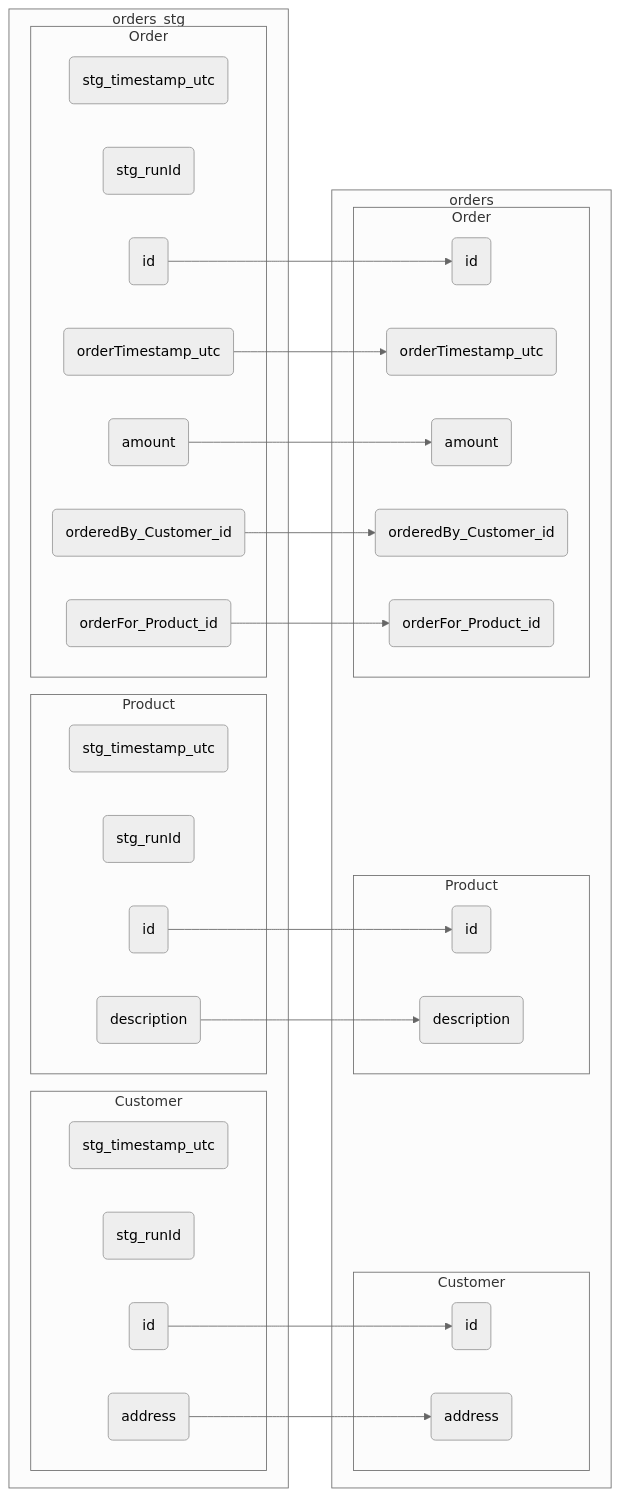
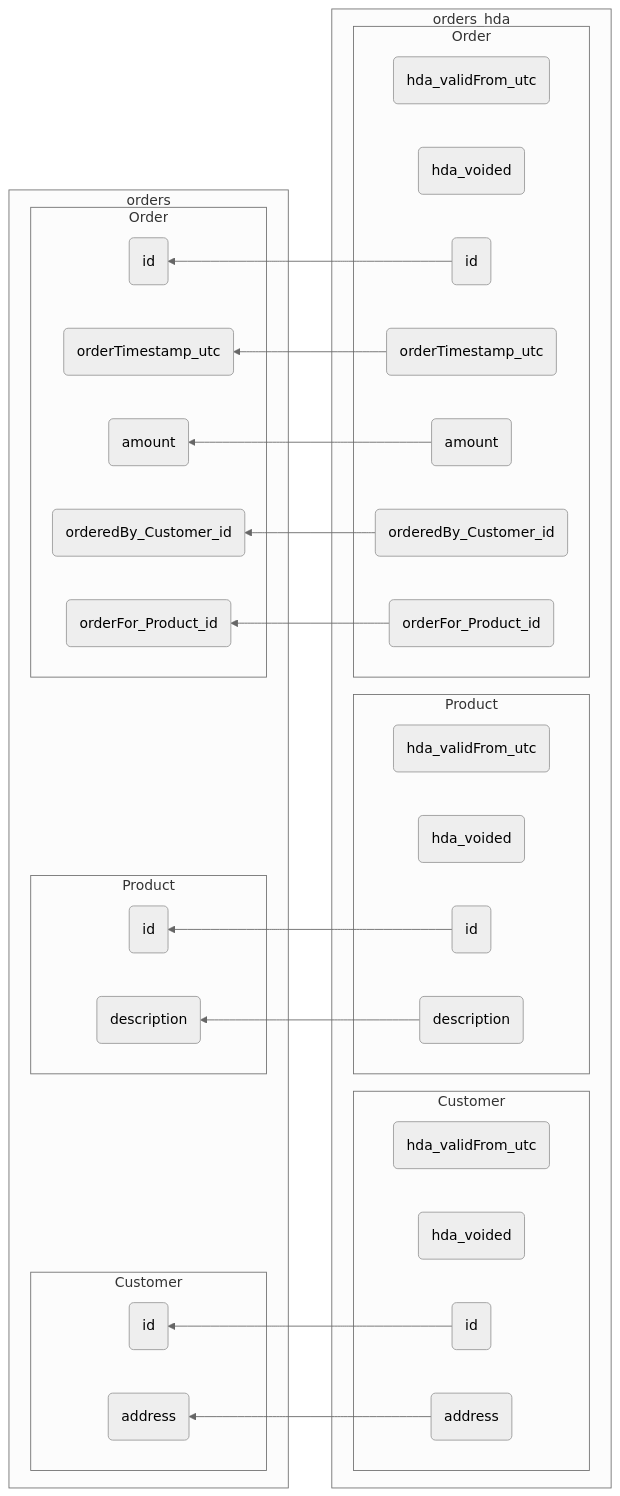
The diagram in article-02/code/article_02.md (Maarten-gh/mdsedwhblog), drawn with Mermaid (neutral theme) before and after one commit. The commit also changed other lines of this file and 20 other files, not shown here.

````diff
--- a/article-02/code/article_02.md
+++ b/article-02/code/article_02.md
@@ -8,5 +8,5 @@
-::: mermaid
-graph LR
+```mermaid
+graph RL
 subgraph orders [orders]
 
 subgraph orders.Customer [Customer]
@@ -41,35 +41,35 @@
 end
 end
 
-subgraph  orders_stg [orders_stg]
+subgraph  orders_hda [orders_hda]
 
-subgraph orders_stg.Customer [Customer]
+subgraph orders_hda.Customer [Customer]
 
-  orders_stg.Customer.stg_timestamp_utc(stg_timestamp_utc)
-  orders_stg.Customer.stg_runId(stg_runId)
-  orders_stg.Customer.id(id)
-  orders_stg.Customer.address(address)
+  orders_hda.Customer.hda_validFrom_utc(hda_validFrom_utc)
+  orders_hda.Customer.hda_voided(hda_voided)
+  orders_hda.Customer.id(id)
+  orders_hda.Customer.address(address)
   
 
 end
-subgraph orders_stg.Product [Product]
+subgraph orders_hda.Product [Product]
 
-  orders_stg.Product.stg_timestamp_utc(stg_timestamp_utc)
-  orders_stg.Product.stg_runId(stg_runId)
-  orders_stg.Product.id(id)
-  orders_stg.Product.description(description)
+  orders_hda.Product.hda_validFrom_utc(hda_validFrom_utc)
+  orders_hda.Product.hda_voided(hda_voided)
+  orders_hda.Product.id(id)
+  orders_hda.Product.description(description)
   
 
 end
-subgraph orders_stg.Order [Order]
+subgraph orders_hda.Order [Order]
 
-  orders_stg.Order.stg_timestamp_utc(stg_timestamp_utc)
-  orders_stg.Order.stg_runId(stg_runId)
-  orders_stg.Order.id(id)
-  orders_stg.Order.orderTimestamp_utc(orderTimestamp_utc)
-  orders_stg.Order.amount(amount)
-  orders_stg.Order.orderedBy_Customer_id(orderedBy_Customer_id)
-  orders_stg.Order.orderFor_Product_id(orderFor_Product_id)
+  orders_hda.Order.hda_validFrom_utc(hda_validFrom_utc)
+  orders_hda.Order.hda_voided(hda_voided)
+  orders_hda.Order.id(id)
+  orders_hda.Order.orderTimestamp_utc(orderTimestamp_utc)
+  orders_hda.Order.amount(amount)
+  orders_hda.Order.orderedBy_Customer_id(orderedBy_Customer_id)
+  orders_hda.Order.orderFor_Product_id(orderFor_Product_id)
   
 
 end
@@ -77,20 +77,20 @@
 
 
 
-orders_stg.Customer.id-->orders.Customer.id(id)
-orders_stg.Customer.address-->orders.Customer.address(address)
+orders_hda.Customer.id-->orders.Customer.id(id)
+orders_hda.Customer.address-->orders.Customer.address(address)
 
 
 
-orders_stg.Product.id-->orders.Product.id(id)
-orders_stg.Product.description-->orders.Product.description(description)
+orders_hda.Product.id-->orders.Product.id(id)
+orders_hda.Product.description-->orders.Product.description(description)
 
 
 
-orders_stg.Order.id-->orders.Order.id(id)
-orders_stg.Order.orderTimestamp_utc-->orders.Order.orderTimestamp_utc(orderTimestamp_utc)
-orders_stg.Order.amount-->orders.Order.amount(amount)
-orders_stg.Order.orderedBy_Customer_id-->orders.Order.orderedBy_Customer_id(orderedBy_Customer_id)
-orders_stg.Order.orderFor_Product_id-->orders.Order.orderFor_Product_id(orderFor_Product_id)
+orders_hda.Order.id-->orders.Order.id(id)
+orders_hda.Order.orderTimestamp_utc-->orders.Order.orderTimestamp_utc(orderTimestamp_utc)
+orders_hda.Order.amount-->orders.Order.amount(amount)
+orders_hda.Order.orderedBy_Customer_id-->orders.Order.orderedBy_Customer_id(orderedBy_Customer_id)
+orders_hda.Order.orderFor_Product_id-->orders.Order.orderFor_Product_id(orderFor_Product_id)
 
-:::
+```
````
